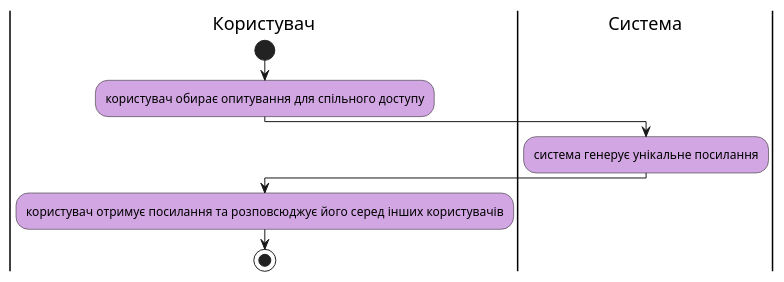
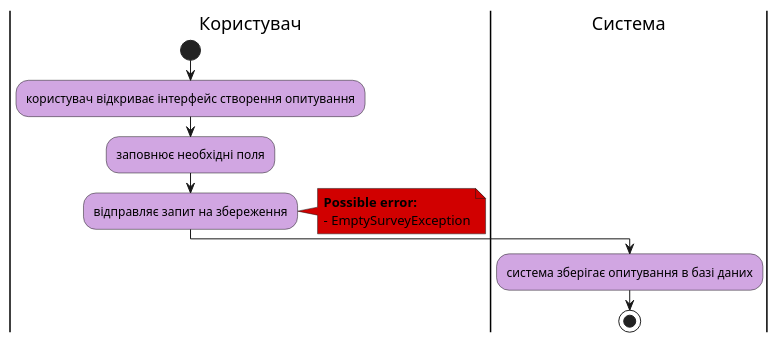
The sixth of 15 diagrams in docs/use cases/README.md (sunnytea0/db_labs_my), drawn with PlantUML before and after one commit. The commit also changed other lines of this file, not shown here.

```diff
--- a/docs/use cases/README.md
+++ b/docs/use cases/README.md
@@ -222,20 +219,20 @@
 @startuml
 
     skinparam ActivityBackgroundColor #d1a6e2
 
     |Користувач|
     start;
-
-    :користувач обирає опитування для спільного доступу;
+    :користувач відкриває інтерфейс створення опитування;
+    :заповнює необхідні поля;
+    :відправляє запит на збереження;
+    note right #D10000
+    <b>Possible error:
+    - EmptySurveyException
+    end note
 
     |Система|
-    :система генерує унікальне посилання;
-
-    |Користувач|
-    :користувач отримує посилання та розповсюджує його серед інших користувачів;
-
-
+    :система зберігає опитування в базі даних;
 
     stop;
 
 @enduml
```
